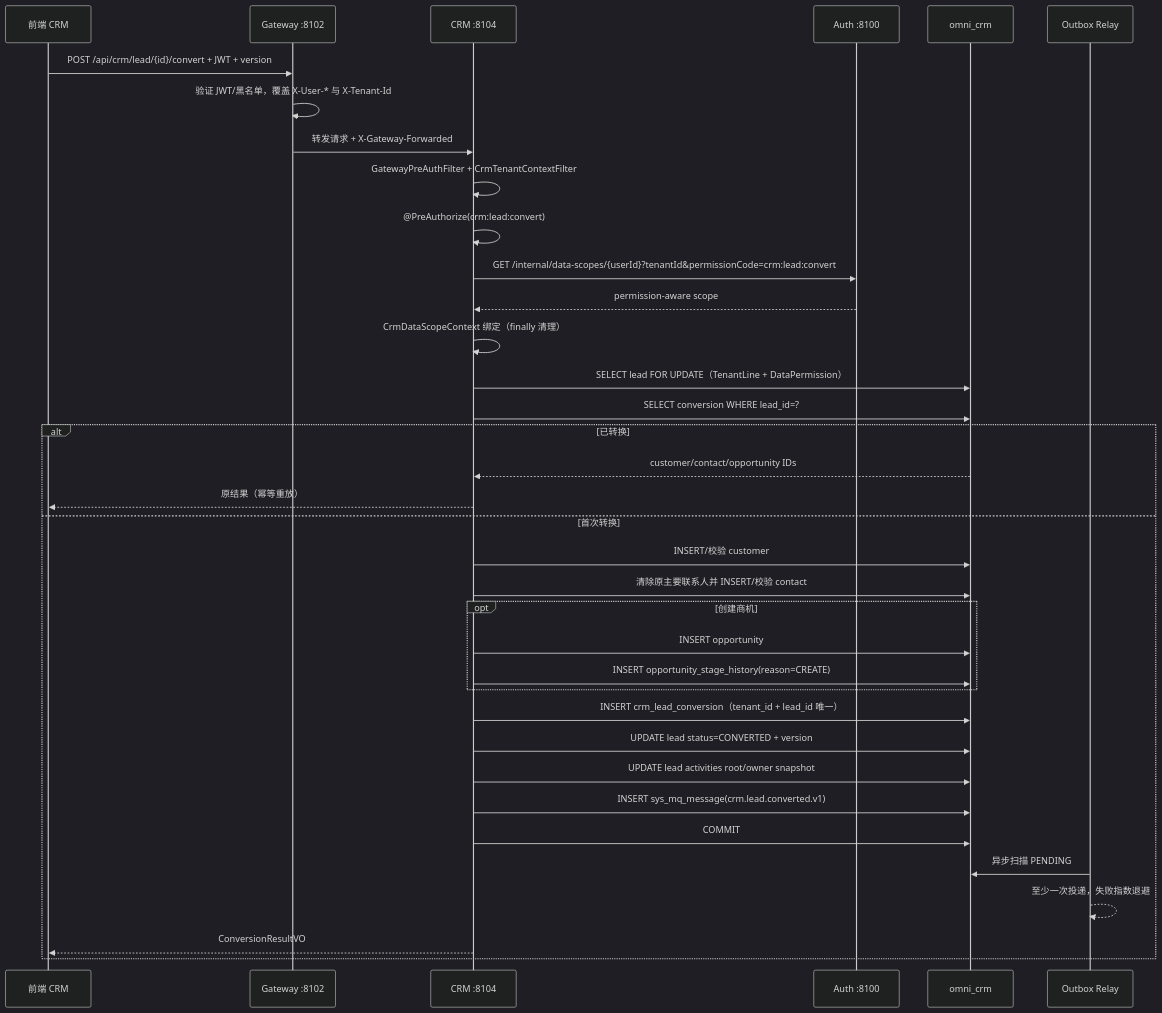
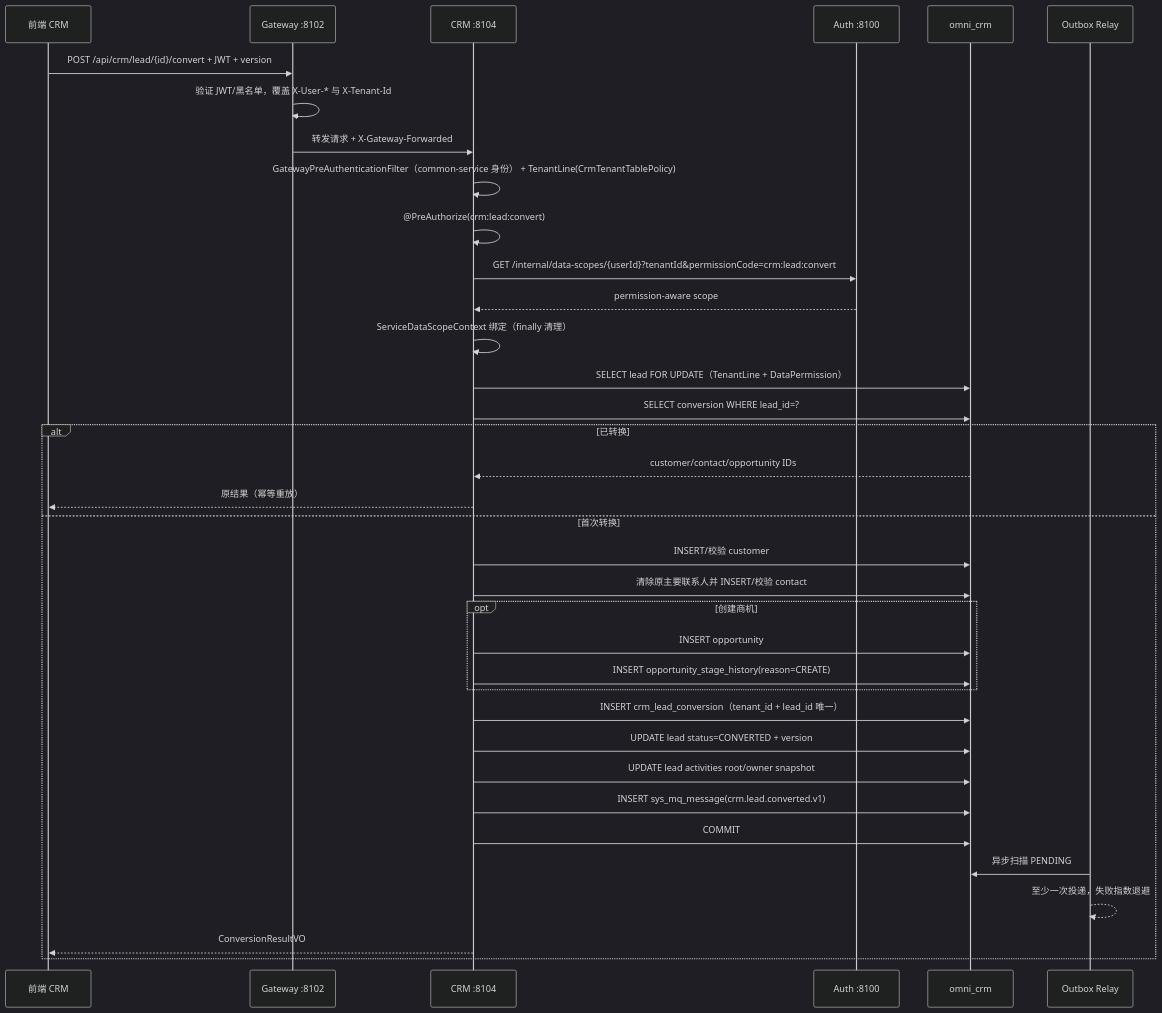
One commit to wang-baohai/Omni-Stack changed diagram 13 of 19 in docs/core-flows.md. Above: the diagram before and after it, drawn with Mermaid (dark theme). The commit also changed other lines of this file and 1443 other files, not shown here.

````diff
--- a/docs/core-flows.md
+++ b/docs/core-flows.md
@@ -1518,39 +1518,39 @@
 ```mermaid
 sequenceDiagram
     participant F as 前端 CRM
     participant G as Gateway :8102
     participant C as CRM :8104
     participant A as Auth :8100
     participant DB as omni_crm
     participant MQ as Outbox Relay
 
     F->>G: POST /api/crm/lead/{id}/convert + JWT + version
     G->>G: 验证 JWT/黑名单，覆盖 X-User-* 与 X-Tenant-Id
     G->>C: 转发请求 + X-Gateway-Forwarded
-    C->>C: GatewayPreAuthFilter + CrmTenantContextFilter
+    C->>C: GatewayPreAuthenticationFilter（common-service 身份） + TenantLine(CrmTenantTablePolicy)
     C->>C: @PreAuthorize(crm:lead:convert)
     C->>A: GET /internal/data-scopes/{userId}?tenantId&permissionCode=crm:lead:convert
     A-->>C: permission-aware scope
-    C->>C: CrmDataScopeContext 绑定（finally 清理）
+    C->>C: ServiceDataScopeContext 绑定（finally 清理）
     C->>DB: SELECT lead FOR UPDATE（TenantLine + DataPermission）
     C->>DB: SELECT conversion WHERE lead_id=?
     alt 已转换
         DB-->>C: customer/contact/opportunity IDs
         C-->>F: 原结果（幂等重放）
     else 首次转换
         C->>DB: INSERT/校验 customer
         C->>DB: 清除原主要联系人并 INSERT/校验 contact
         opt 创建商机
             C->>DB: INSERT opportunity
             C->>DB: INSERT opportunity_stage_history(reason=CREATE)
         end
         C->>DB: INSERT crm_lead_conversion（tenant_id + lead_id 唯一）
         C->>DB: UPDATE lead status=CONVERTED + version
         C->>DB: UPDATE lead activities root/owner snapshot
         C->>DB: INSERT sys_mq_message(crm.lead.converted.v1)
         C->>DB: COMMIT
         MQ->>DB: 异步扫描 PENDING
         MQ-->>MQ: 至少一次投递，失败指数退避
         C-->>F: ConversionResultVO
     end
 ```
````
